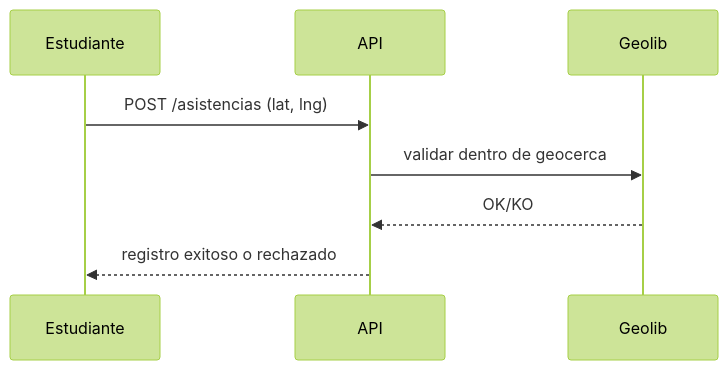
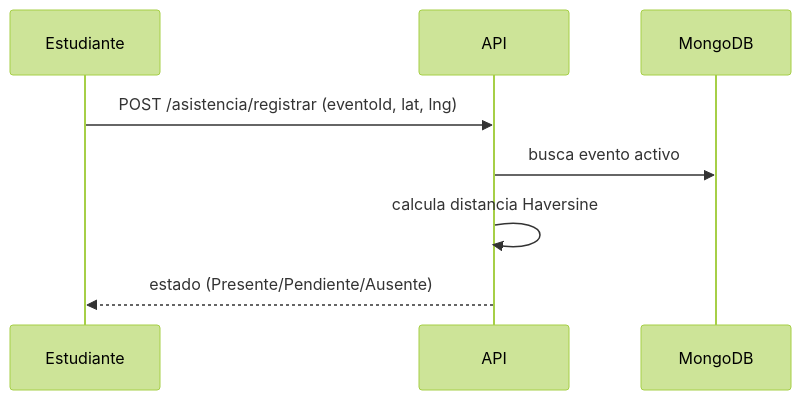
Before and after one commit to Ismael110599/Back-M-vil: the fourth of 5 diagrams in README.md, drawn with Mermaid (forest theme). The commit also changed other lines of this file and 1 other file, not shown here.

Commit message:
docs: detail asistencia flow and fix cron

````diff
--- a/README.md
+++ b/README.md
@@ -98,10 +98,10 @@
 ```mermaid
 sequenceDiagram
     participant E as Estudiante
     participant A as API
-    participant G as Geolib
-    E->>A: POST /asistencias (lat, lng)
-    A->>G: validar dentro de geocerca
-    G-->>A: OK/KO
-    A-->>E: registro exitoso o rechazado
+    participant DB as MongoDB
+    E->>A: POST /asistencia/registrar (eventoId, lat, lng)
+    A->>DB: busca evento activo
+    A->>A: calcula distancia Haversine
+    A-->>E: estado (Presente/Pendiente/Ausente)
 ```
````
